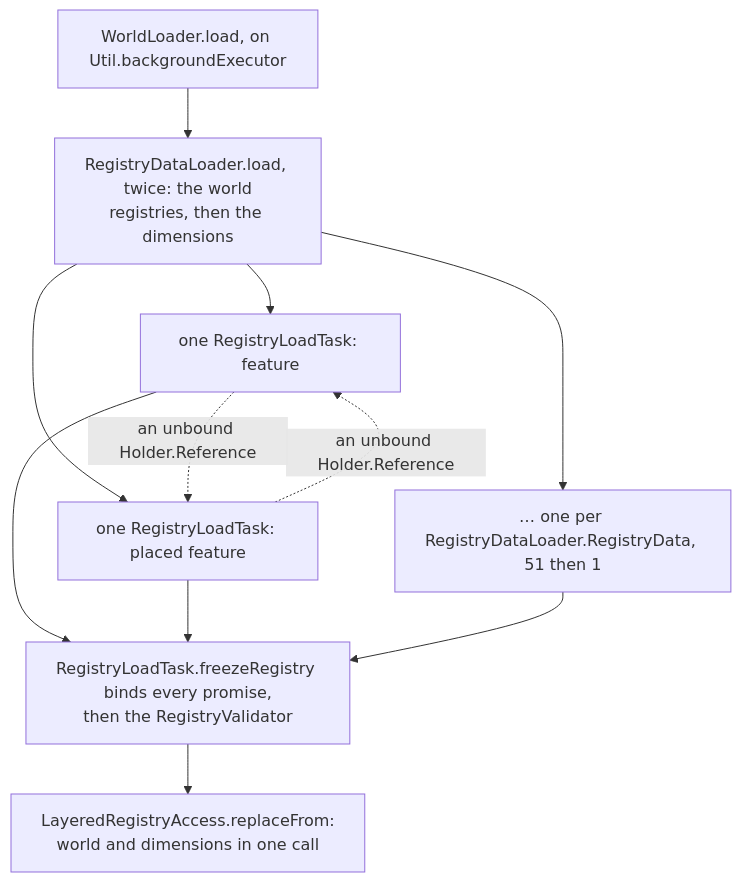
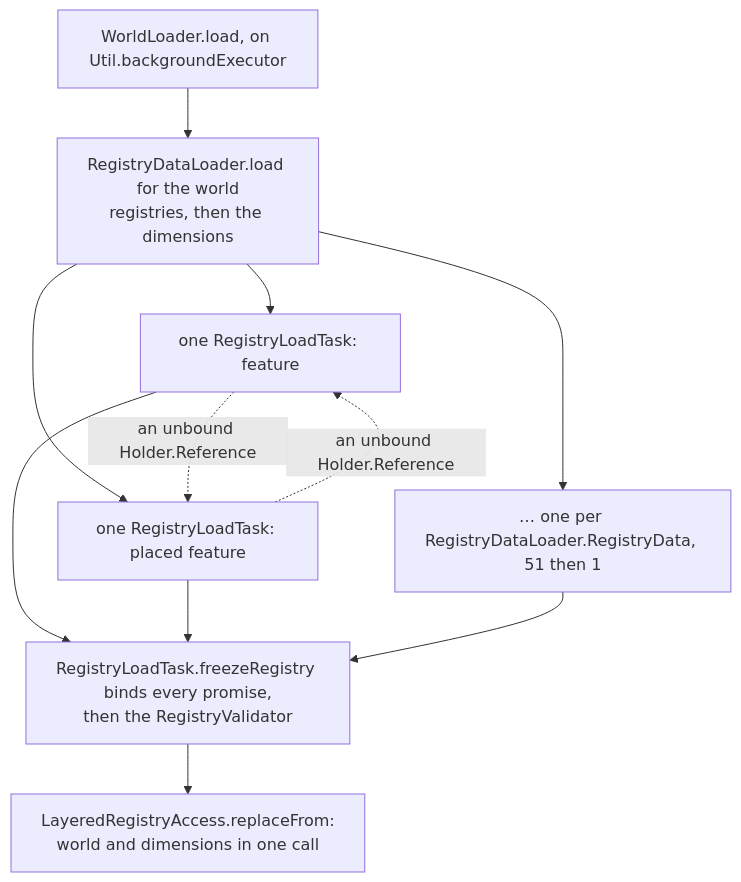
Before and after one commit to AlexanderjFraser/MinecraftDocs: the second of 3 diagrams in src/systems/foundations/identifiers-and-registries.md, drawn with Mermaid. The commit also changed 25 other files, not shown here.

````diff
--- a/src/systems/foundations/identifiers-and-registries.md
+++ b/src/systems/foundations/identifiers-and-registries.md
@@ -243,20 +243,20 @@
 ```mermaid
 flowchart TD
     WL["WorldLoader.load, on Util.backgroundExecutor"]:::worker
-    RDL["RegistryDataLoader.load, twice: the world<br/>registries, then the dimensions"]:::worker
+    RDL["RegistryDataLoader.load for the world<br/>registries, then the dimensions"]:::worker
     T1["one RegistryLoadTask: feature"]:::worker
     T2["one RegistryLoadTask: placed feature"]:::worker
     T3["… one per RegistryDataLoader.RegistryData, 51 then 1"]:::worker
     F["RegistryLoadTask.freezeRegistry binds every promise,<br/>then the RegistryValidator"]:::worker
     LRA["LayeredRegistryAccess.replaceFrom:<br/>world and dimensions in one call"]:::worker
     WL --> RDL
     RDL --> T1
     RDL --> T2
     RDL --> T3
     T1 -. "an unbound Holder.Reference" .-> T2
     T2 -. "an unbound Holder.Reference" .-> T1
     T1 --> F
     T2 --> F
     T3 --> F
     F --> LRA
 ```
````
